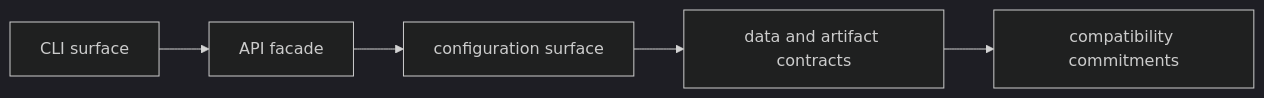
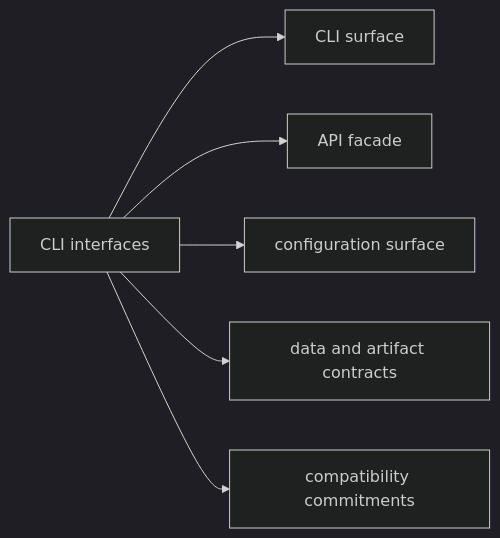
One commit to bijux/bijux-cli changed the diagram in docs/bijux-cli/interfaces/index.md. Above: the diagram before and after it, drawn with Mermaid (dark theme). The commit also changed other lines of this file, not shown here.

Commit message:
docs(cli-interfaces): simplify the contract entry page

````diff
--- a/docs/bijux-cli/interfaces/index.md
+++ b/docs/bijux-cli/interfaces/index.md
@@ -18,7 +18,8 @@
 ```mermaid
 flowchart LR
-    cli["CLI surface"] --> api["API facade"]
-    api --> config["configuration surface"]
-    config --> contracts["data and artifact contracts"]
-    contracts --> compatibility["compatibility commitments"]
+    interfaces["CLI interfaces"] --> cli["CLI surface"]
+    interfaces --> api["API facade"]
+    interfaces --> config["configuration surface"]
+    interfaces --> contracts["data and artifact contracts"]
+    interfaces --> compatibility["compatibility commitments"]
 ```
````
